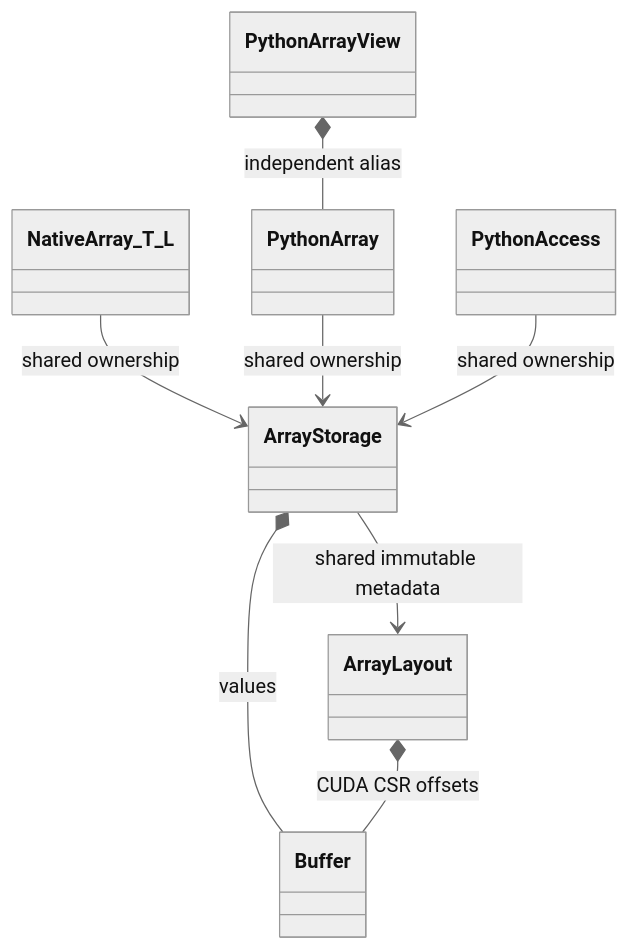
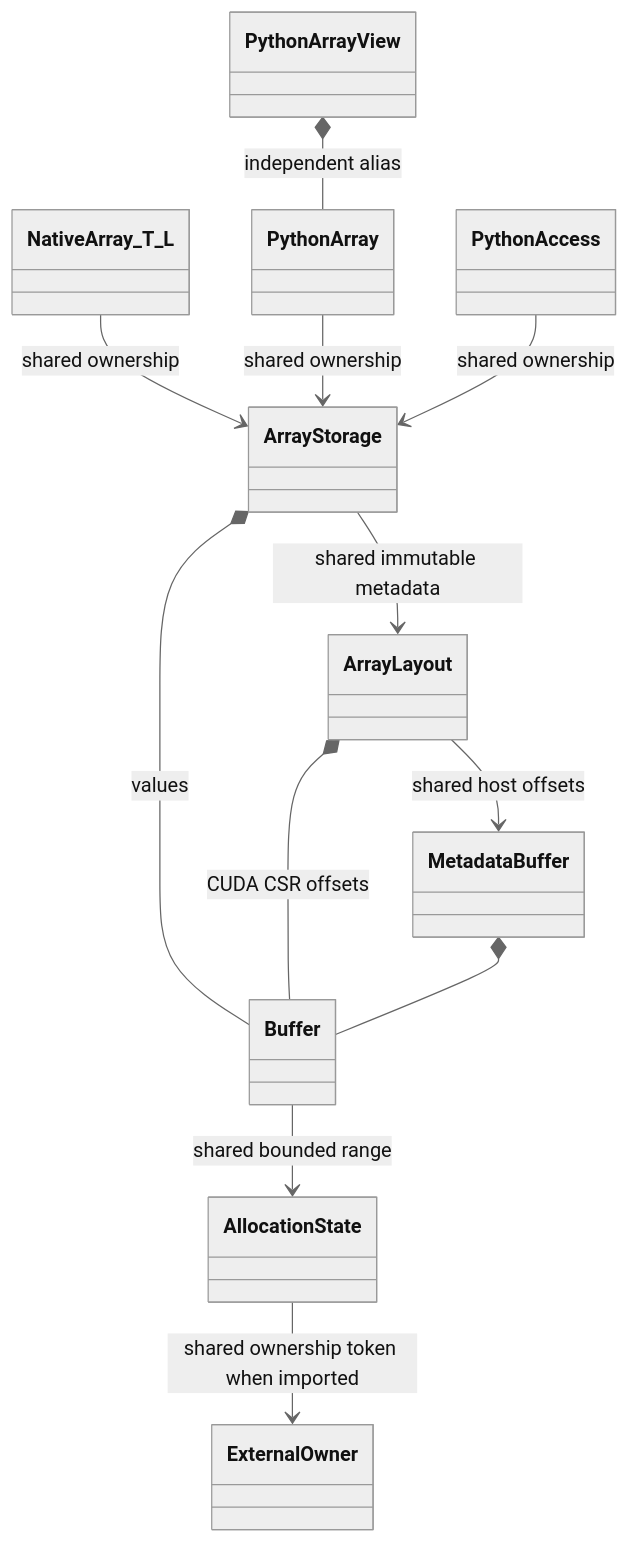
Before and after one commit to harryzhou2000/DNDSR: the third of 6 diagrams in docs/architecture/ArrayPythonOwnership.md, drawn with Mermaid (neutral theme). The commit also changed other lines of this file and 97 other files, not shown here.

First line of the commit message:
feat(dnds): add shared metadata and eager async Array execution

````diff
--- a/docs/architecture/ArrayPythonOwnership.md
+++ b/docs/architecture/ArrayPythonOwnership.md
@@ -56,17 +71,24 @@
 ```mermaid
 classDiagram
   class NativeArray_T_L
   class PythonArray
   class ArrayStorage
   class Buffer
   class ArrayLayout
+  class MetadataBuffer
+  class AllocationState
+  class ExternalOwner
   class PythonArrayView
   class PythonAccess
   NativeArray_T_L --> ArrayStorage : shared ownership
   PythonArray --> ArrayStorage : shared ownership
   PythonArrayView *-- PythonArray : independent alias
   PythonAccess --> ArrayStorage : shared ownership
   ArrayStorage *-- Buffer : values
   ArrayStorage --> ArrayLayout : shared immutable metadata
   ArrayLayout *-- Buffer : CUDA CSR offsets
+  ArrayLayout --> MetadataBuffer : shared host offsets
+  MetadataBuffer *-- Buffer
+  Buffer --> AllocationState : shared bounded range
+  AllocationState --> ExternalOwner : shared ownership token when imported
 ```
````
